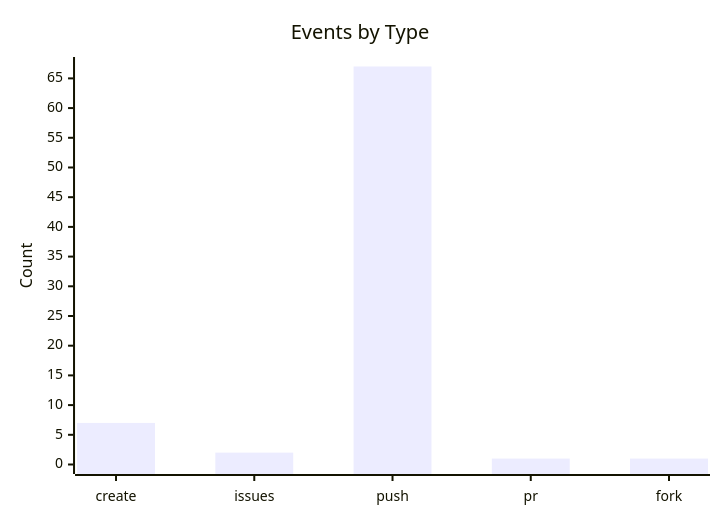
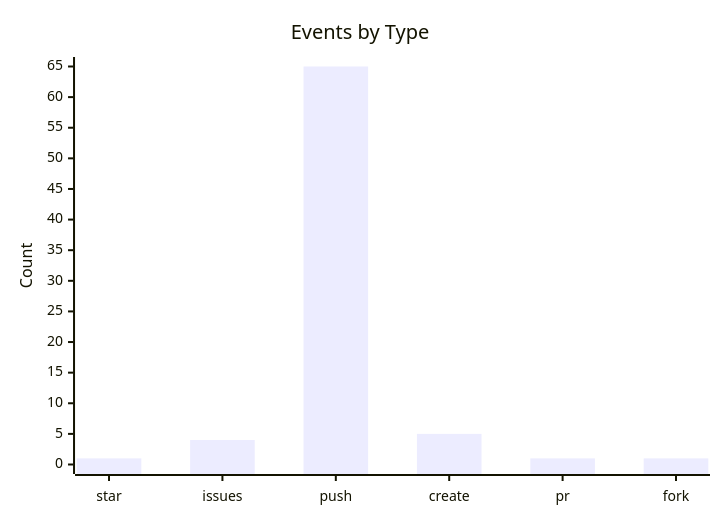
The third of 3 diagrams in README.md (lunarshe11/lunarshe11), drawn with Mermaid before and after one commit. The commit also changed other lines of this file, not shown here.

````diff
--- a/README.md
+++ b/README.md
@@ -39,7 +39,7 @@
 ```mermaid
 xychart-beta
     title "Events by Type"
-    x-axis ["create", "issues", "push", "pr", "fork"]
-    y-axis "Count" 0 --> 67
-    bar [7, 2, 67, 1, 1]
+    x-axis ["star", "issues", "push", "create", "pr", "fork"]
+    y-axis "Count" 0 --> 65
+    bar [1, 4, 65, 5, 1, 1]
 ```
````
